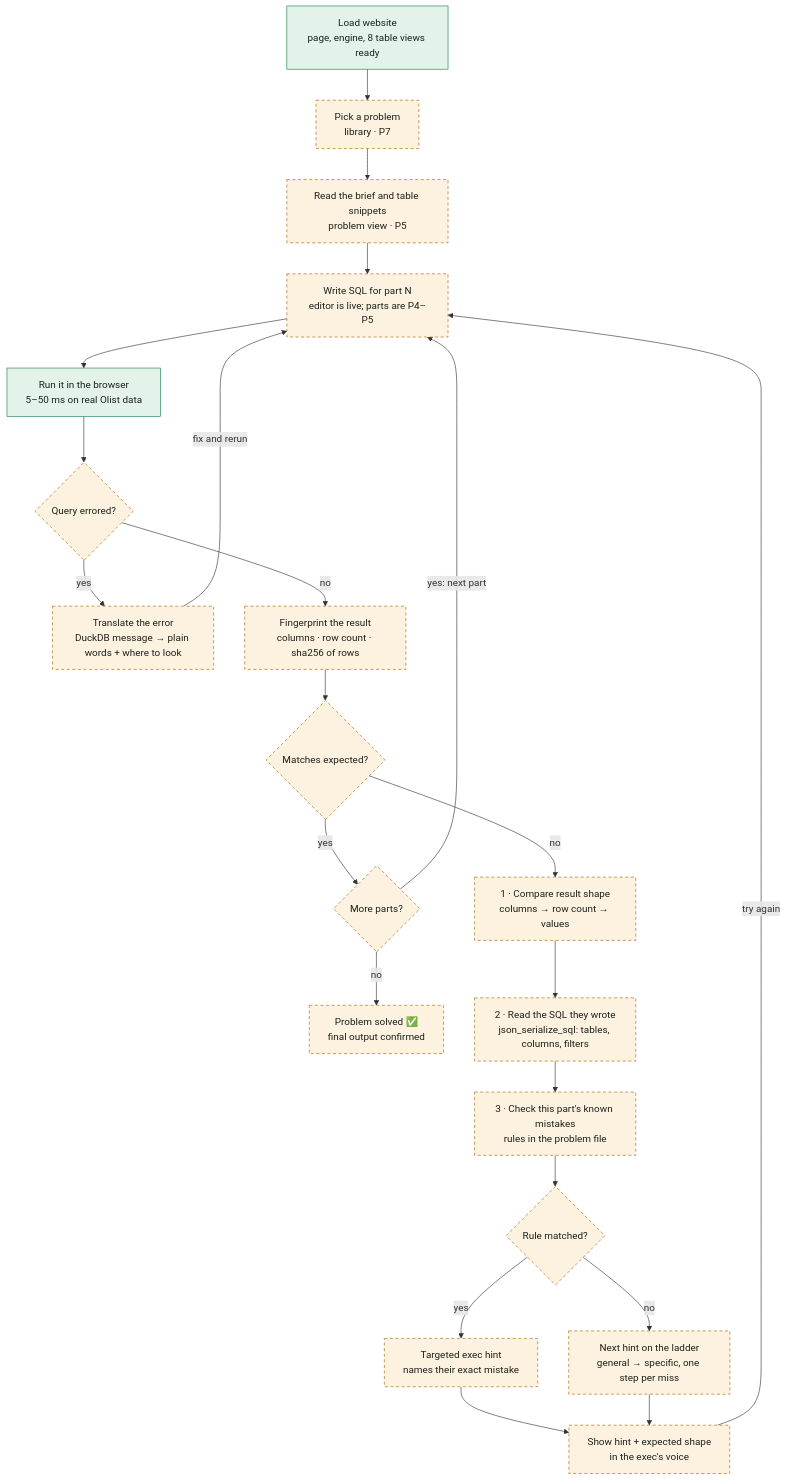
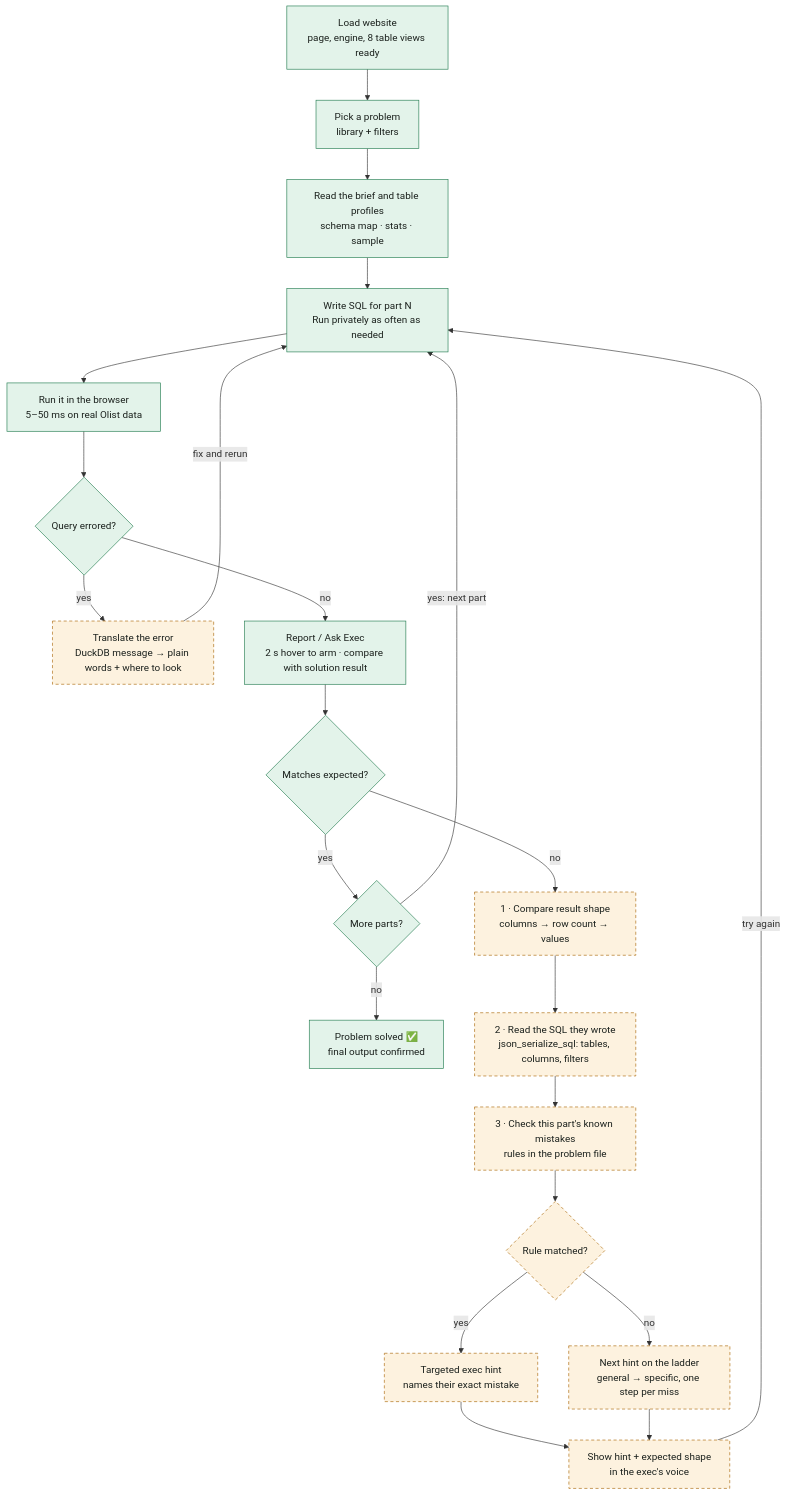
One commit to karthikiyer365/sql-business changed the second of 2 diagrams in README.md. Above: the diagram before and after it, drawn with Mermaid. The commit also changed other lines of this file and 8 other files, not shown here.

First line of the commit message:
feat:site-library-problem-workspace-repeat-buyers

````diff
--- a/README.md
+++ b/README.md
@@ -122,36 +122,36 @@
 ```mermaid
 flowchart TD
     load["Load website<br/>page, engine, 8 table views ready"]:::done
-    pick["Pick a problem<br/>library · P7"]:::plan
-    brief["Read the brief and table snippets<br/>problem view · P5"]:::plan
-    write["Write SQL for part N<br/>editor is live; parts are P4–P5"]:::plan
+    pick["Pick a problem<br/>library + filters"]:::done
+    brief["Read the brief and table profiles<br/>schema map · stats · sample"]:::done
+    write["Write SQL for part N<br/>Run privately as often as needed"]:::done
     run["Run it in the browser<br/>5–50 ms on real Olist data"]:::done
-    err{"Query errored?"}:::plan
+    err{"Query errored?"}:::done
     translate["Translate the error<br/>DuckDB message → plain words + where to look"]:::plan
-    fp["Fingerprint the result<br/>columns · row count · sha256 of rows"]:::plan
-    match{"Matches expected?"}:::plan
-    more{"More parts?"}:::plan
-    solved["Problem solved ✅<br/>final output confirmed"]:::plan
+    fp["Report / Ask Exec<br/>2 s hover to arm · compare with solution result"]:::done
+    match{"Matches expected?"}:::done
+    more{"More parts?"}:::done
+    solved["Problem solved ✅<br/>final output confirmed"]:::done
     shape["1 · Compare result shape<br/>columns → row count → values"]:::plan
     readsql["2 · Read the SQL they wrote<br/>json_serialize_sql: tables, columns, filters"]:::plan
     rules["3 · Check this part's known mistakes<br/>rules in the problem file"]:::plan
     rule{"Rule matched?"}:::plan
     target["Targeted exec hint<br/>names their exact mistake"]:::plan
     ladder["Next hint on the ladder<br/>general → specific, one step per miss"]:::plan
     show["Show hint + expected shape<br/>in the exec's voice"]:::plan
 
     load --> pick --> brief --> write --> run --> err
     err -- "yes" --> translate
     translate -- "fix and rerun" --> write
     err -- "no" --> fp --> match
     match -- "yes" --> more
     more -- "yes: next part" --> write
     more -- "no" --> solved
     match -- "no" --> shape --> readsql --> rules --> rule
     rule -- "yes" --> target --> show
     rule -- "no" --> ladder --> show
     show -- "try again" --> write
 
     classDef done fill:#e3f3ea,stroke:#1f7a4d,color:#1b211d
     classDef plan fill:#fdf2df,stroke:#a86400,stroke-dasharray:5 4,color:#1b211d
 ```
````
